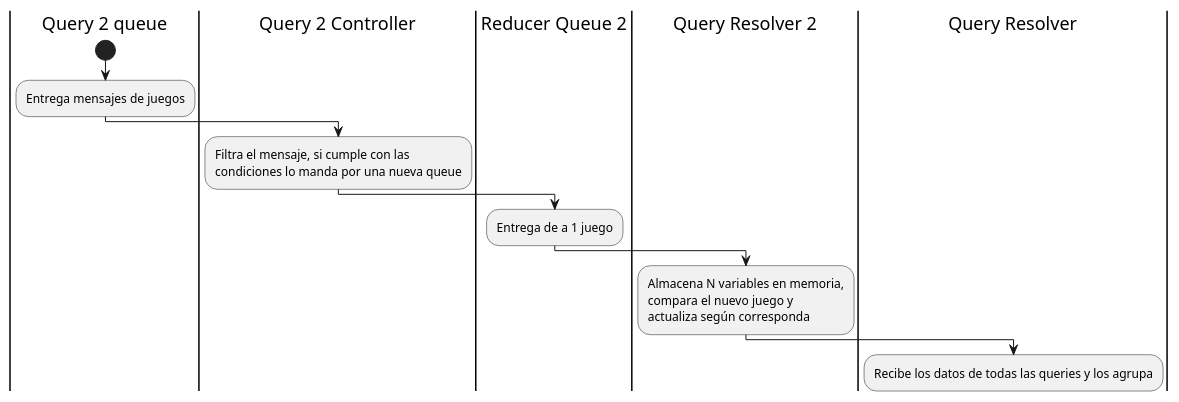
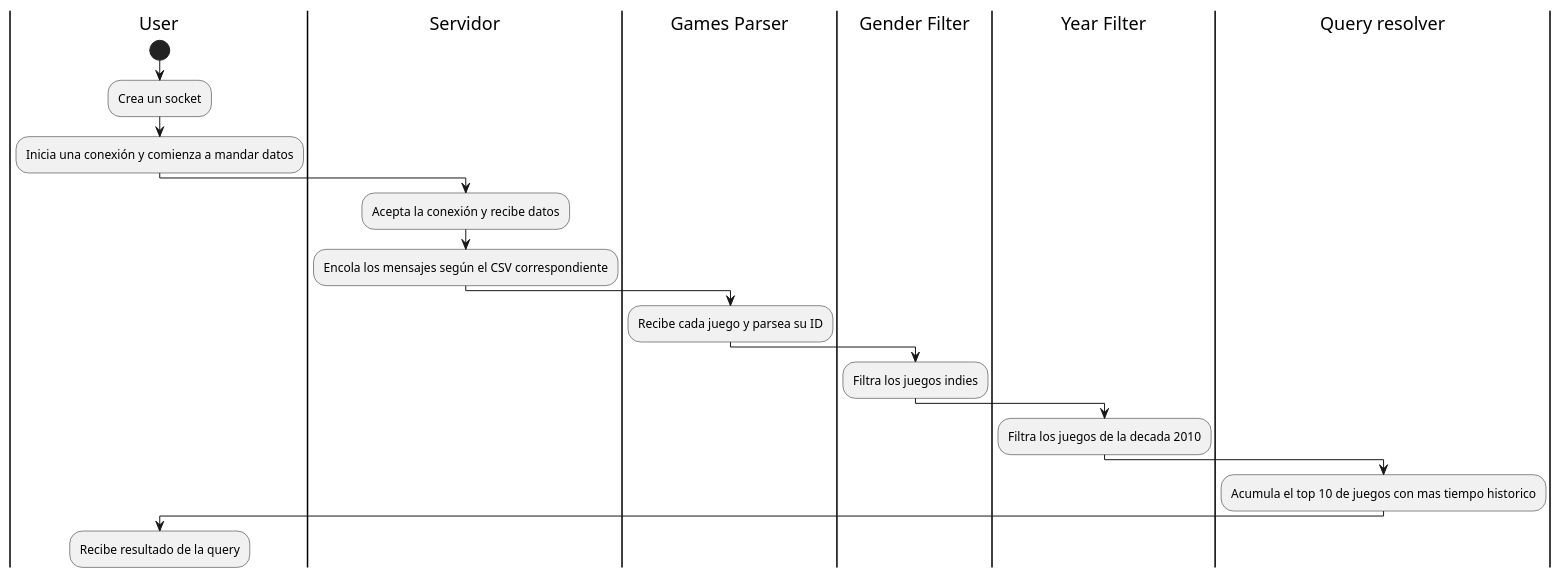
Before and after one commit to AbrahamOsco/TP1-Distribuidos: the diagram in diagrams/activity/query2.puml, drawn with PlantUML. The commit also changed 5 other files, not shown here.

Commit message:
feat: updated activity diagrams

```diff
--- a/diagrams/activity/query2.puml
+++ b/diagrams/activity/query2.puml
@@ -1,17 +1,20 @@
 @startuml
-|Query 2 queue|
+|User|
 start
-:Entrega mensajes de juegos;
+:Crea un socket;
+:Inicia una conexión y comienza a mandar datos;
 
-|Query 2 Controller|
-:Filtra el mensaje, si cumple con las\ncondiciones lo manda por una nueva queue;
-
-|Reducer Queue 2|
-:Entrega de a 1 juego;
-
-|Query Resolver 2|
-:Almacena N variables en memoria,\ncompara el nuevo juego y\nactualiza según corresponda;
-
-|Query Resolver|
-:Recibe los datos de todas las queries y los agrupa;
+|Servidor|
+:Acepta la conexión y recibe datos;
+:Encola los mensajes según el CSV correspondiente;
+   |Games Parser|
+   :Recibe cada juego y parsea su ID;
+   |Gender Filter|
+   :Filtra los juegos indies;
+   |Year Filter|
+   :Filtra los juegos de la decada 2010;
+   |Query resolver|
+   :Acumula el top 10 de juegos con mas tiempo historico;
+   |User|
+   :Recibe resultado de la query;
 @enduml
```
